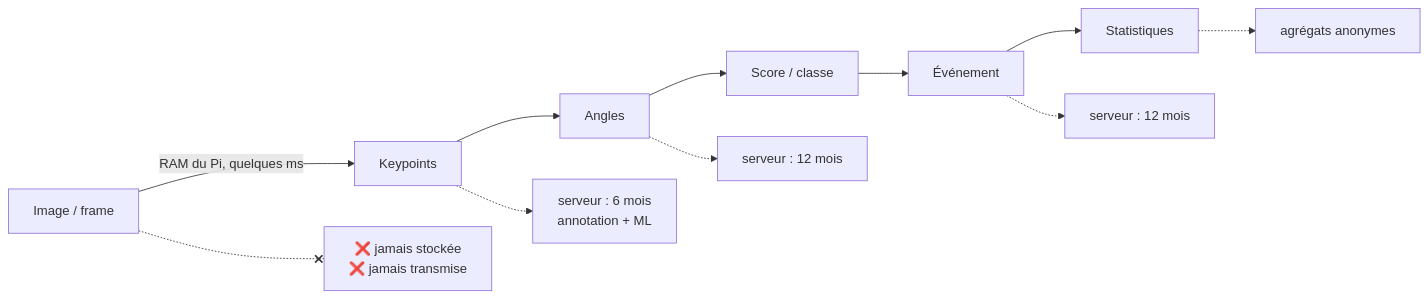
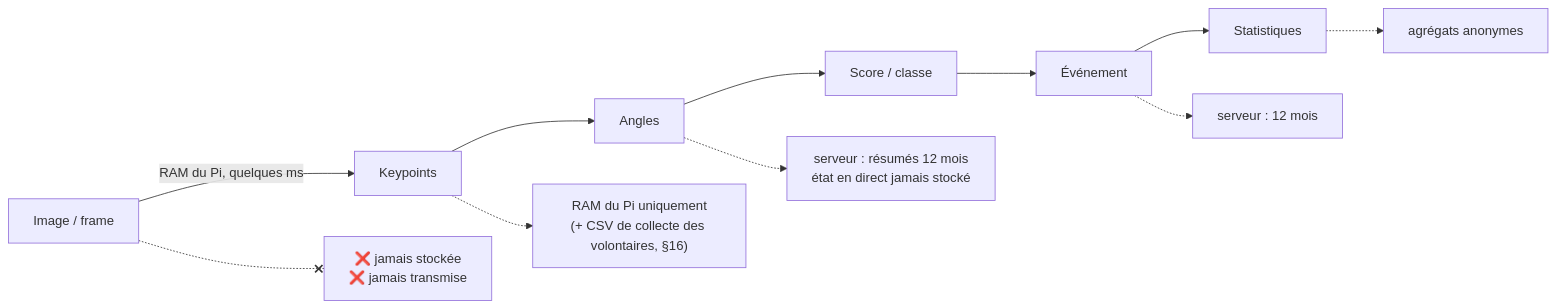
The fifth of 6 diagrams in edge/docs/Audit_technique_final_Fil_Rouge_Master_UHA_4_0_v3.md (JUC0AG0G0/dos-d-ane), drawn with Mermaid before and after one commit. The commit also changed other lines of this file and 7 other files, not shown here.

````diff
--- a/edge/docs/Audit_technique_final_Fil_Rouge_Master_UHA_4_0_v3.md
+++ b/edge/docs/Audit_technique_final_Fil_Rouge_Master_UHA_4_0_v3.md
@@ -352,11 +361,11 @@
 ```mermaid
 flowchart LR
     I["Image / frame"] -->|"RAM du Pi, quelques ms"| K["Keypoints"]
     K --> AN["Angles"] --> SC["Score / classe"] --> EV["Événement"] --> ST["Statistiques"]
 
     I -.-x X1["❌ jamais stockée<br/>❌ jamais transmise"]
-    K -.-> X2["serveur : 6 mois<br/>annotation + ML"]
-    AN -.-> X3["serveur : 12 mois"]
+    K -.-> X2["RAM du Pi uniquement<br/>(+ CSV de collecte des volontaires, §16)"]
+    AN -.-> X3["serveur : résumés 12 mois<br/>état en direct jamais stocké"]
     EV -.-> X4["serveur : 12 mois"]
     ST -.-> X5["agrégats anonymes"]
 ```
````
